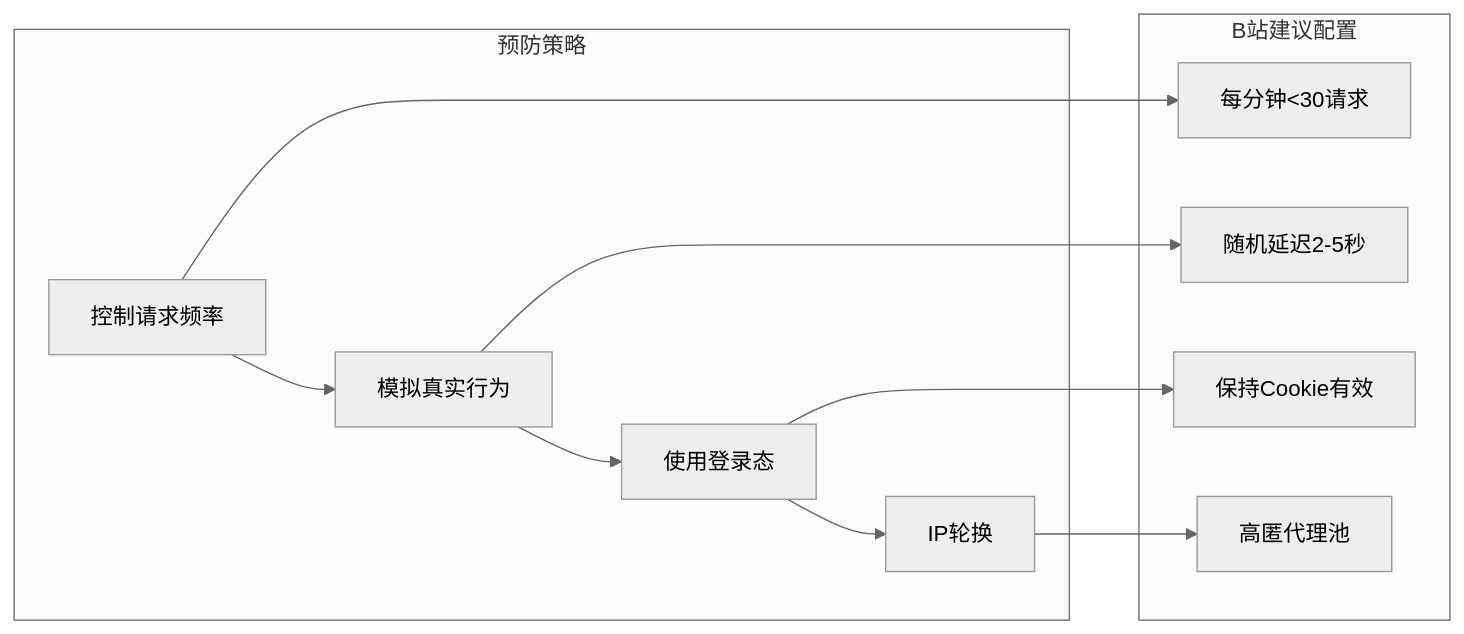
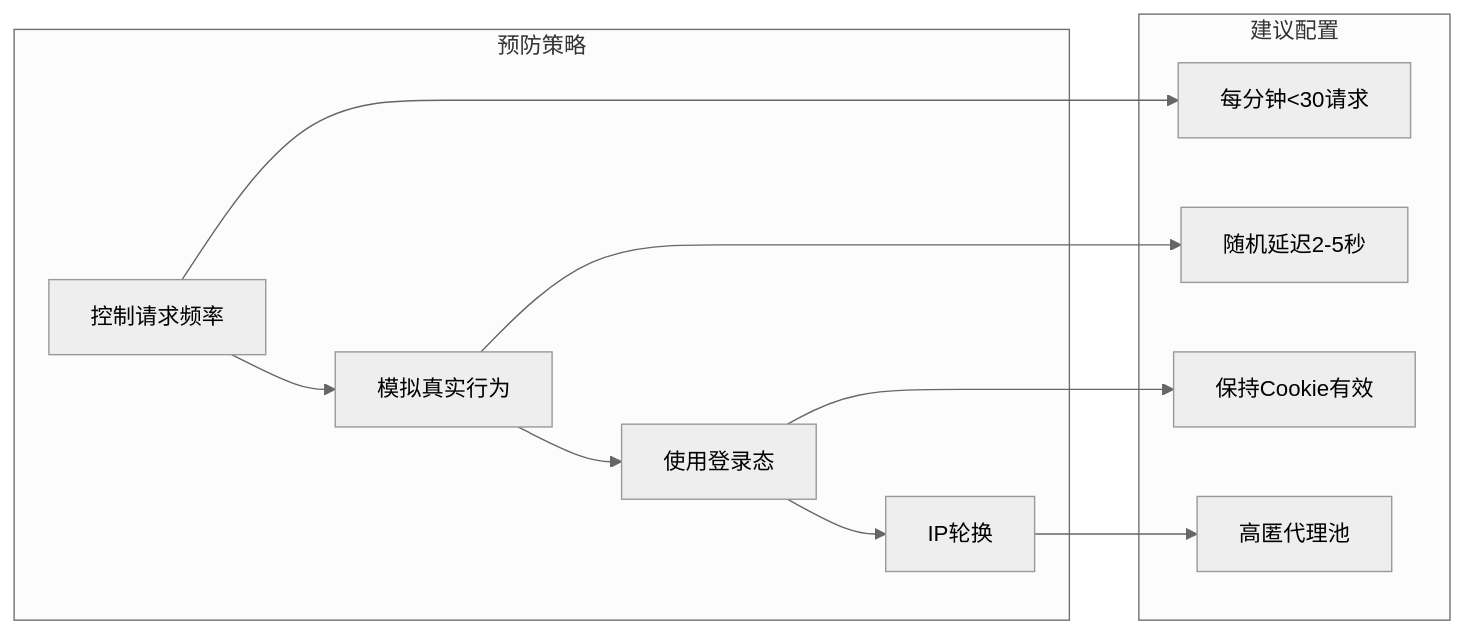
Before and after one commit to NanmiCoder/CrawlerTutorial: the third of 3 diagrams in docs/爬虫进价/08_验证码识别与处理.md, drawn with Mermaid (neutral theme). The commit also changed other lines of this file and 15 other files, not shown here.

````diff
--- a/docs/爬虫进价/08_验证码识别与处理.md
+++ b/docs/爬虫进价/08_验证码识别与处理.md
@@ -1079,20 +1079,20 @@
 ```mermaid
 flowchart LR
     subgraph 预防策略
         A[控制请求频率] --> B[模拟真实行为]
         B --> C[使用登录态]
         C --> D[IP轮换]
     end
 
-    subgraph B站建议配置
+    subgraph 建议配置
         E[每分钟<30请求]
         F[随机延迟2-5秒]
         G[保持Cookie有效]
         H[高匿代理池]
     end
 
     A --> E
     B --> F
     C --> G
     D --> H
 ```
````
